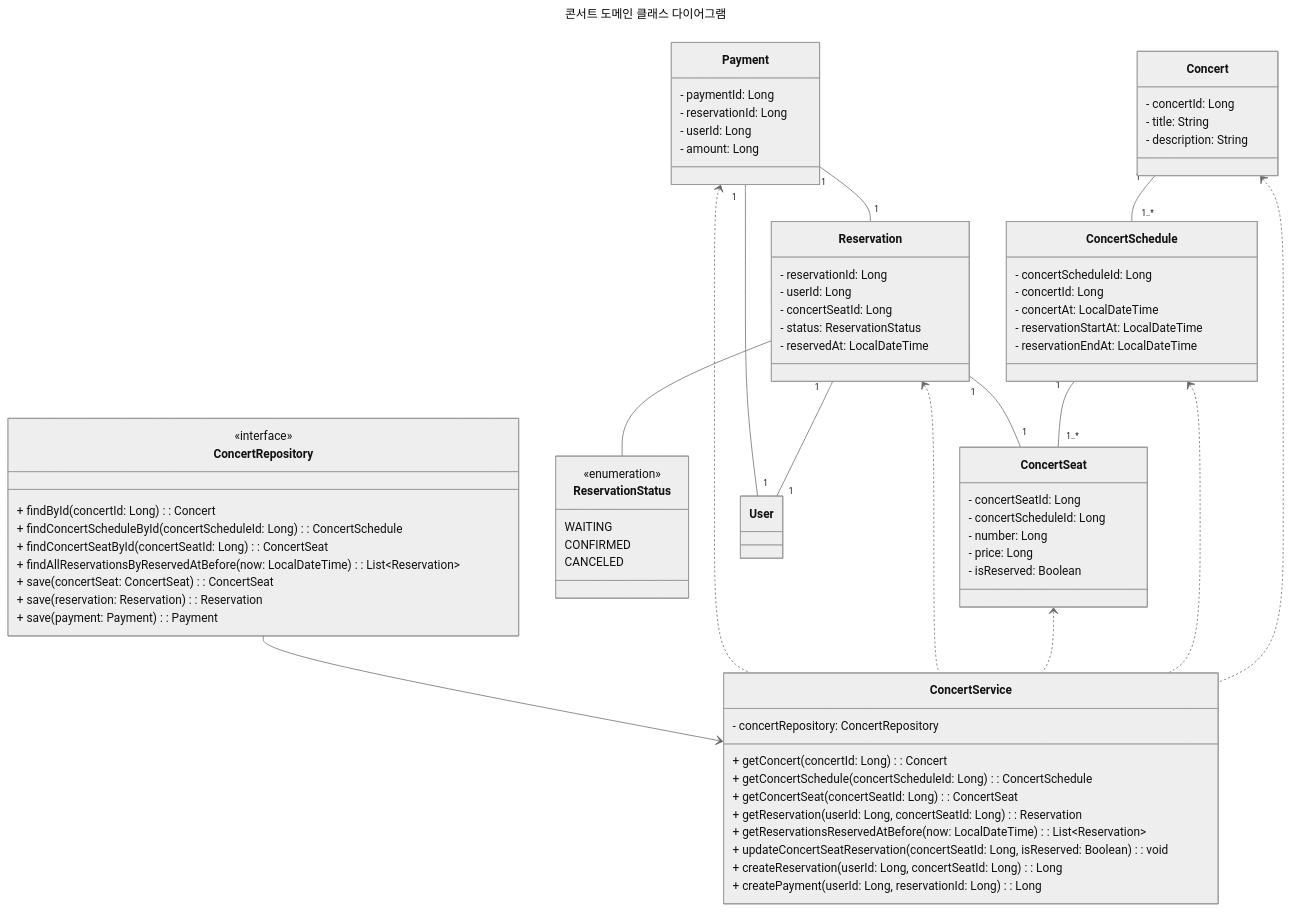
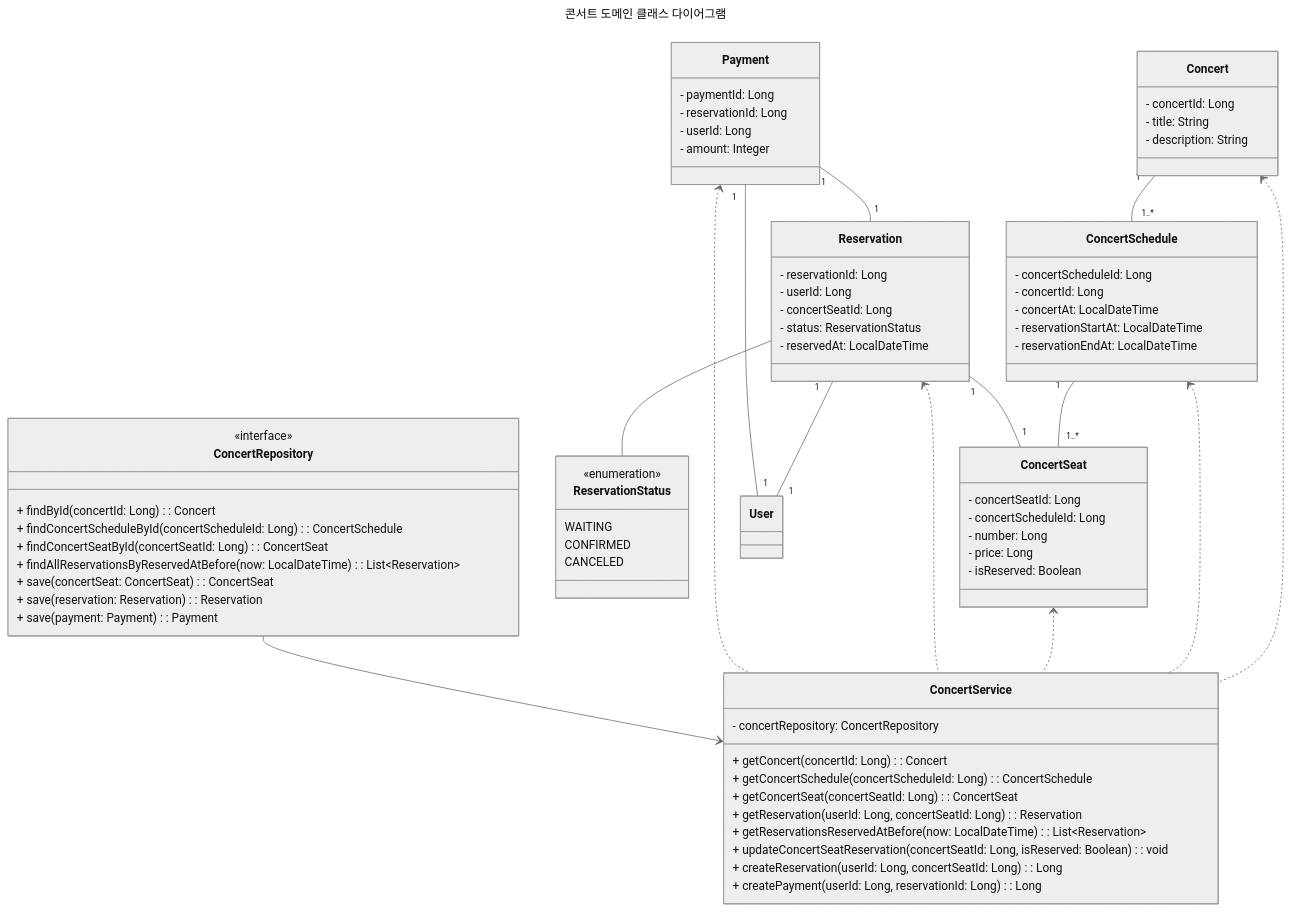
One commit to hhpb-code/hhplus-concert changed the fourth of 4 diagrams in docs/CLASS_DIAGRAM.md. Above: the diagram before and after it, drawn with Mermaid (neutral theme). The commit also changed other lines of this file, not shown here.

Commit message:
chore: Wallet amount type Long -> Integer 수정

```diff
--- a/docs/CLASS_DIAGRAM.md
+++ b/docs/CLASS_DIAGRAM.md
@@ -176,7 +176,7 @@
         - paymentId: Long
         - reservationId: Long
         - userId: Long
-        - amount: Long
+        - amount: Integer
     }
 
     class ConcertService {
```
